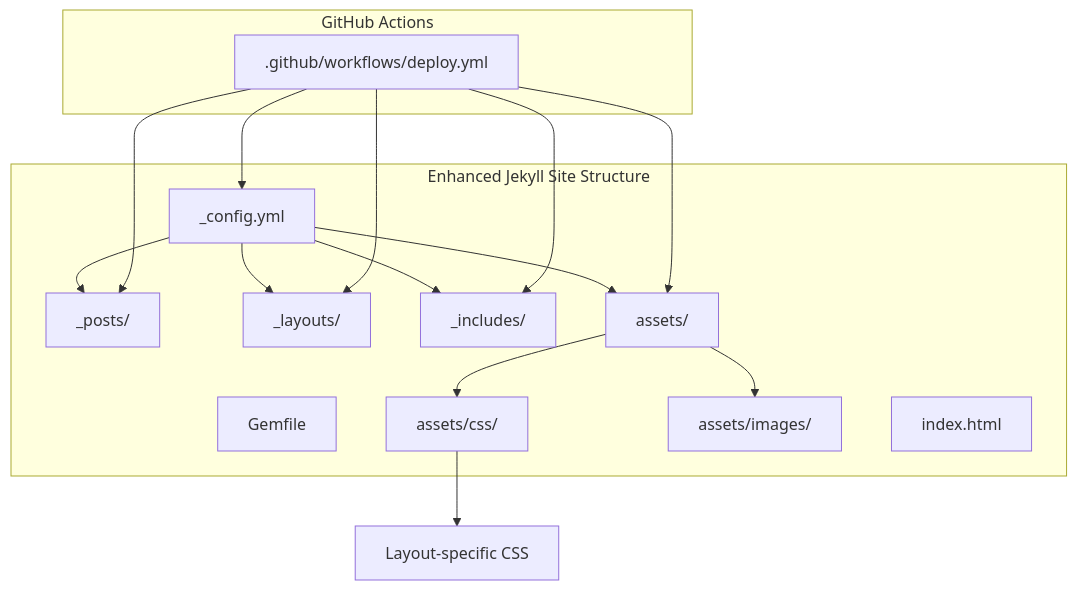
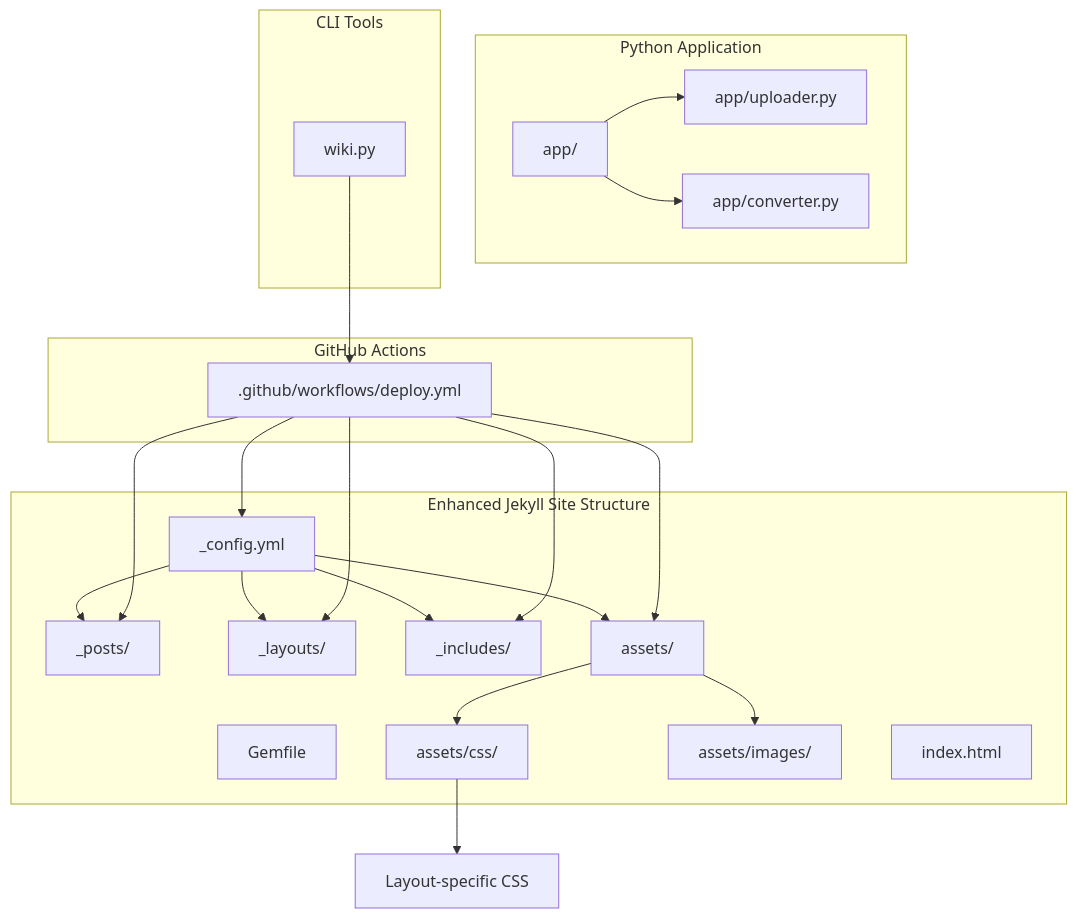
The first of 3 diagrams in .qoder/repowiki/en/content/Static Site Generation.md (PolarisW007/PolaZhenJing), drawn with Mermaid before and after one commit. The commit also changed other lines of this file and 7 other files, not shown here.

````diff
--- a/.qoder/repowiki/en/content/Static Site Generation.md
+++ b/.qoder/repowiki/en/content/Static Site Generation.md
@@ -69,29 +75,40 @@
 ```mermaid
 graph TB
 subgraph "Enhanced Jekyll Site Structure"
 CONF["_config.yml"]
 GEM["Gemfile"]
 POSTS["_posts/"]
 LAYOUTS["_layouts/"]
 INCLUDES["_includes/"]
 ASSETS["assets/"]
 ASSETSCSS["assets/css/"]
 ASSETIMAGES["assets/images/"]
 INDEX["index.html"]
 end
 subgraph "GitHub Actions"
 WF[".github/workflows/deploy.yml"]
 end
+subgraph "Python Application"
+APP["app/"]
+UPLOADER["app/uploader.py"]
+CONVERTER["app/converter.py"]
+end
+subgraph "CLI Tools"
+WIKI["wiki.py"]
+end
 CONF --> POSTS
 CONF --> LAYOUTS
 CONF --> INCLUDES
 CONF --> ASSETS
 ASSETS --> ASSETSCSS
 ASSETS --> ASSETIMAGES
 ASSETSCSS --> LAYOUTCSS["Layout-specific CSS"]
 WF --> CONF
 WF --> POSTS
 WF --> LAYOUTS
 WF --> INCLUDES
 WF --> ASSETS
+APP --> UPLOADER
+APP --> CONVERTER
+WIKI --> WF
 ```
````
